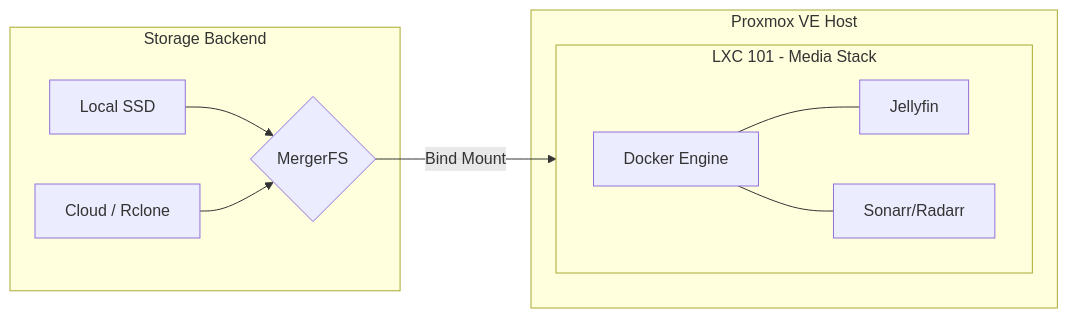
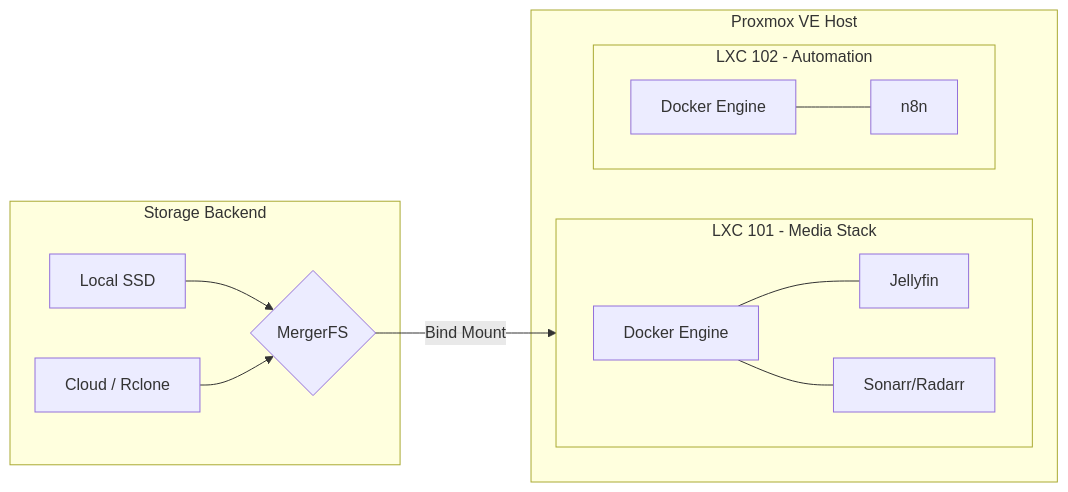
One commit to kromz-dev/homelab-infrastructure changed the diagram in README.md. Above: the diagram before and after it, drawn with Mermaid. The commit also changed other lines of this file and 4 other files, not shown here.

First line of the commit message:
feat(automation): add LXC 102 running n8n

````diff
--- a/README.md
+++ b/README.md
@@ -30,23 +30,29 @@
 ```mermaid
 flowchart LR
     subgraph Host [Proxmox VE Host]
         subgraph LXC101 [LXC 101 - Media Stack]
             direction LR
             Docker1[Docker Engine]
             Jellyfin[Jellyfin]
             Arrs[Sonarr/Radarr]
             Docker1 --- Jellyfin & Arrs
+        end
+        subgraph LXC102 [LXC 102 - Automation]
+            direction LR
+            Docker2[Docker Engine]
+            n8n[n8n]
+            Docker2 --- n8n
         end
     end
 
     subgraph Storage [Storage Backend]
         Local[Local SSD]
         Cloud[Cloud / Rclone]
         Pool{MergerFS}
         
         Local --> Pool
         Cloud --> Pool
     end
 
     Pool -->|Bind Mount| LXC101
 ```
````
